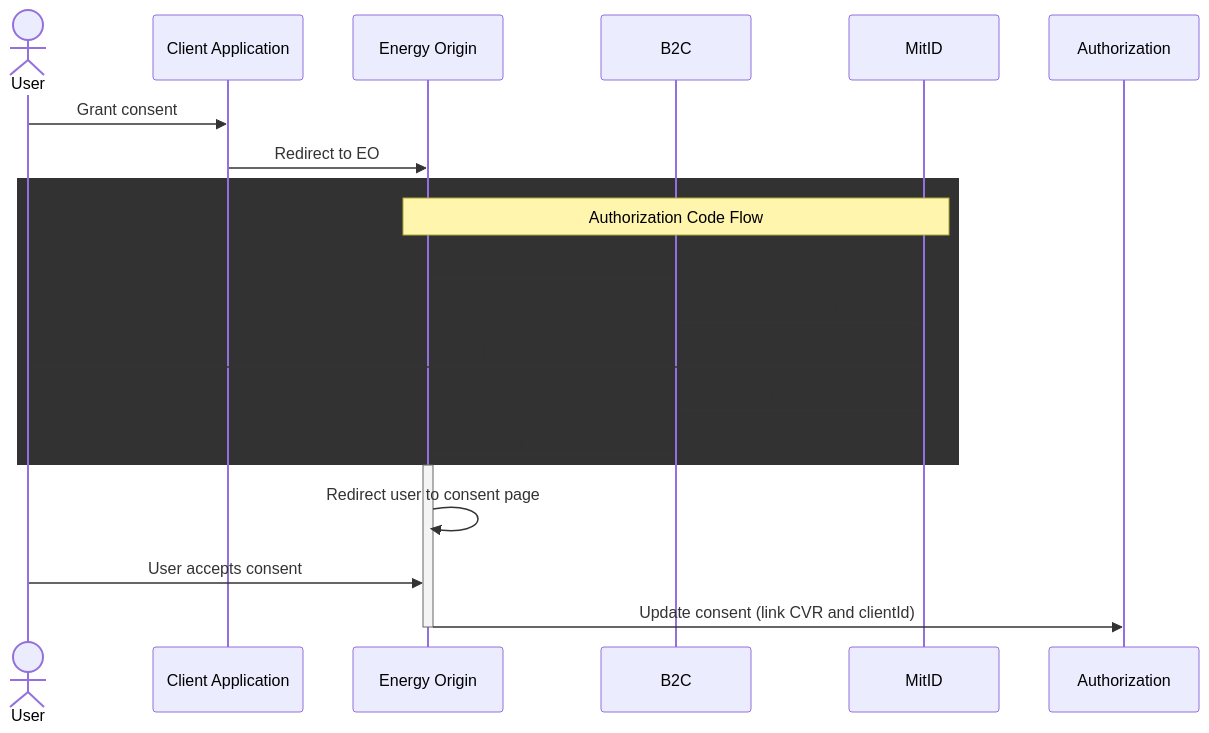
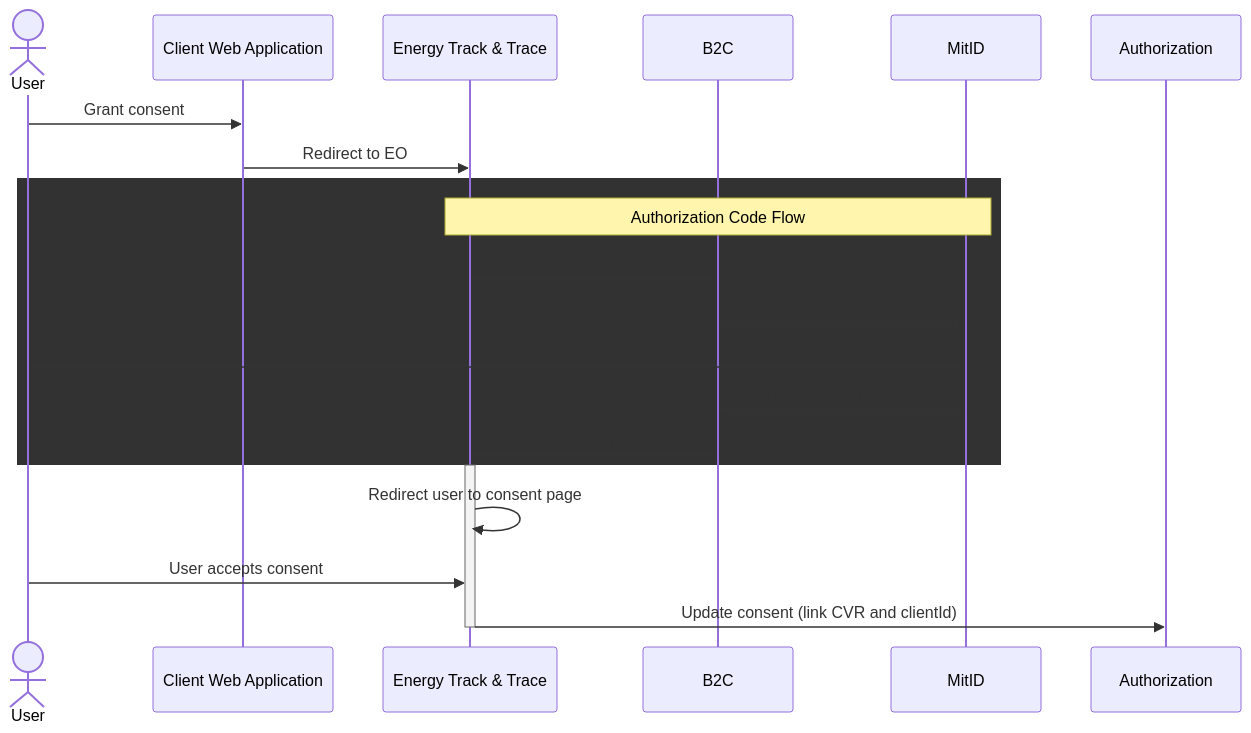
One commit to Energinet-DataHub/energy-origin changed the third of 7 diagrams in doc/architecture/domains/authorization.md. Above: the diagram before and after it, drawn with Mermaid. The commit also changed other lines of this file and 3 other files, not shown here.

````diff
--- a/doc/architecture/domains/authorization.md
+++ b/doc/architecture/domains/authorization.md
@@ -122,28 +118,26 @@
 ```mermaid
 sequenceDiagram
     actor User
-    participant ClientApp as Client Application
-    participant EO as Energy Origin
+    participant ClientApp as Client Web Application
+    participant EO as Energy Track & Trace
     participant B2C as B2C
     participant MitID as MitID
     participant Auth as Authorization
 
     User->>ClientApp: Grant consent
     ClientApp->>EO: Redirect to EO
-
     rect rgb(50, 50, 50)
         note over EO, MitID: Authorization Code Flow
         EO->>B2C: Redirect to B2C
         B2C->>MitID: Redirect to MitID
         User->>MitID: Login
         MitID->>B2C: Successful login (tokens)
         B2C->>EO: Successful login (tokens)
     end
-
     activate EO
     EO->>EO: Redirect user to consent page
 
     User->>EO: User accepts consent
     EO->>Auth: Update consent (link CVR and clientId)
     deactivate EO
 ```
````
